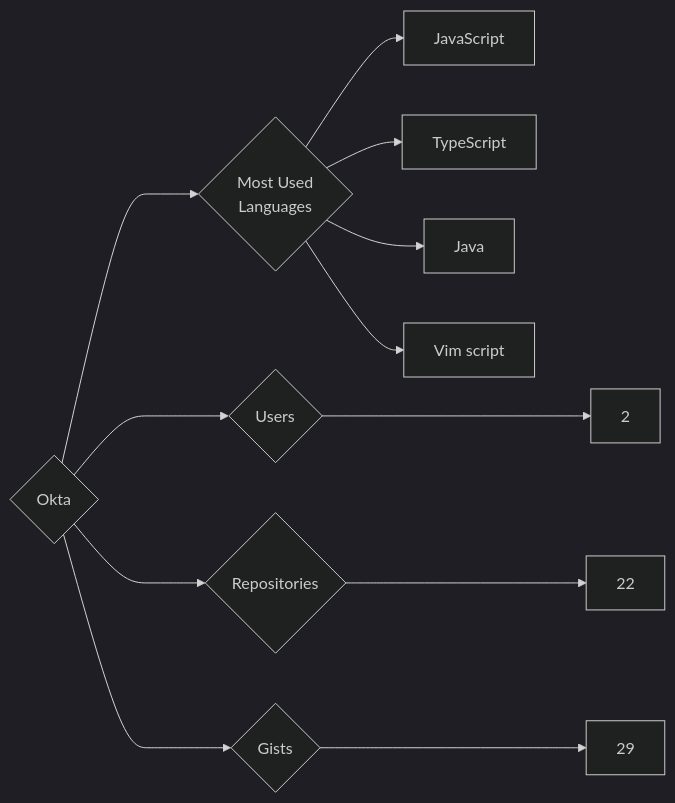
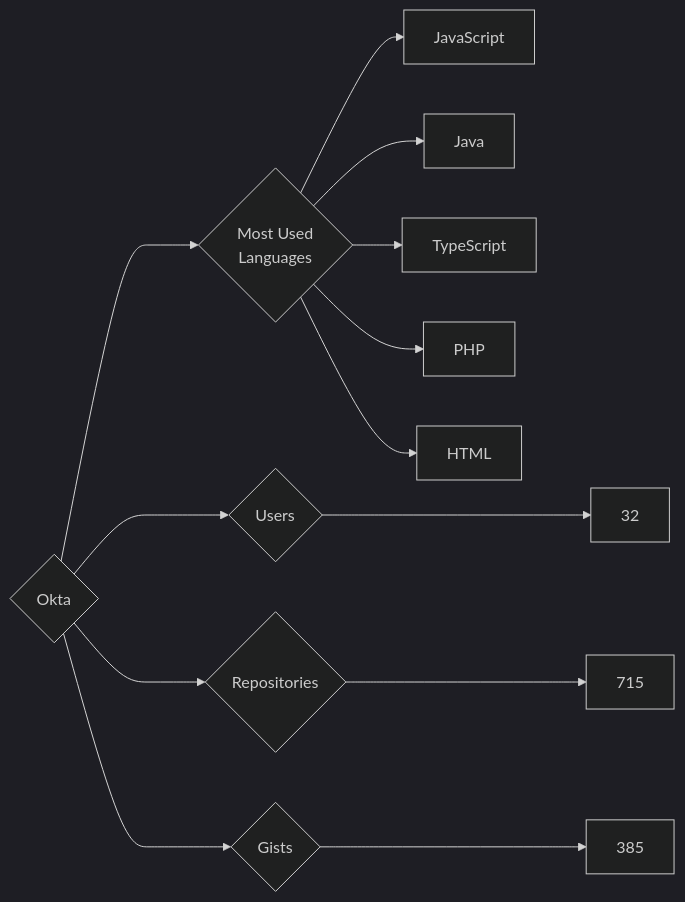
Before and after one commit to trickest/insiders: the diagram in targets/Okta/README.md, drawn with Mermaid (dark theme). The commit also changed 814 other files, not shown here.

````diff
--- a/targets/Okta/README.md
+++ b/targets/Okta/README.md
@@ -3,12 +3,13 @@
 ```mermaid
 graph LR
 COMPANY_NAME{Okta}
-COMPANY_NAME ---> U{Users} ---> UN[2]
-COMPANY_NAME ---> R{Repositories} ---> RN[22]
-COMPANY_NAME ---> G{Gists} ---> GN[29]
+COMPANY_NAME ---> U{Users} ---> UN[32]
+COMPANY_NAME ---> R{Repositories} ---> RN[715]
+COMPANY_NAME ---> G{Gists} ---> GN[385]
 COMPANY_NAME ---> ML{Most Used<br>Languages}
 ML --> JavaScript[JavaScript]
+ML --> Java[Java]
 ML --> TypeScript[TypeScript]
-ML --> Java[Java]
-ML --> Vim_script[Vim script]
+ML --> PHP[PHP]
+ML --> HTML[HTML]
 ```
````
